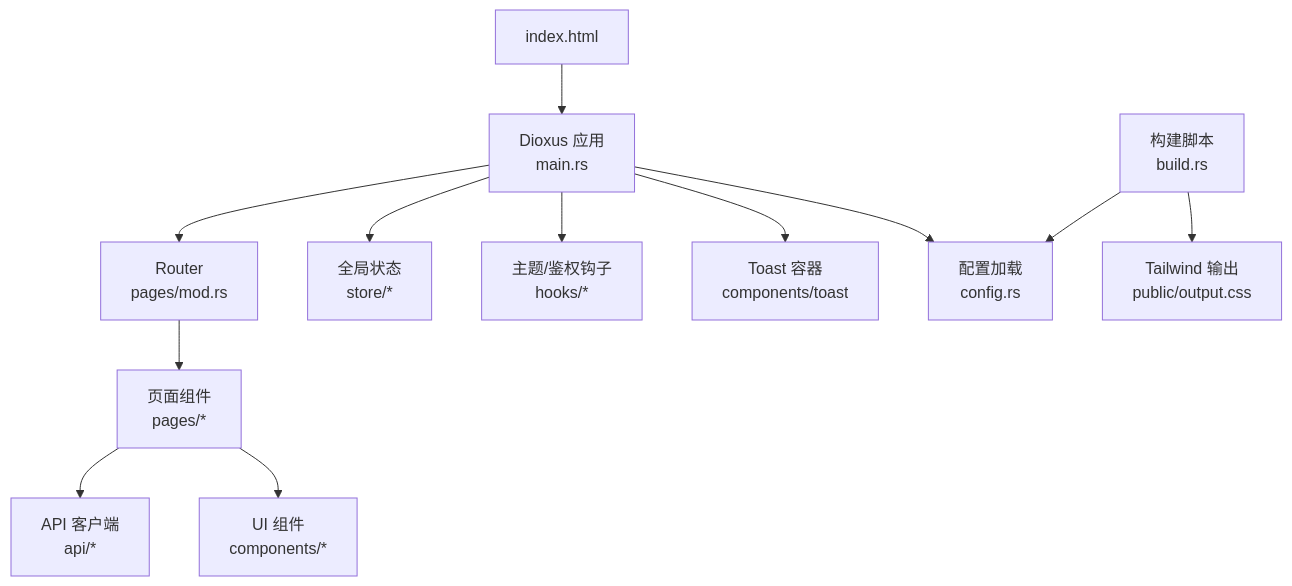
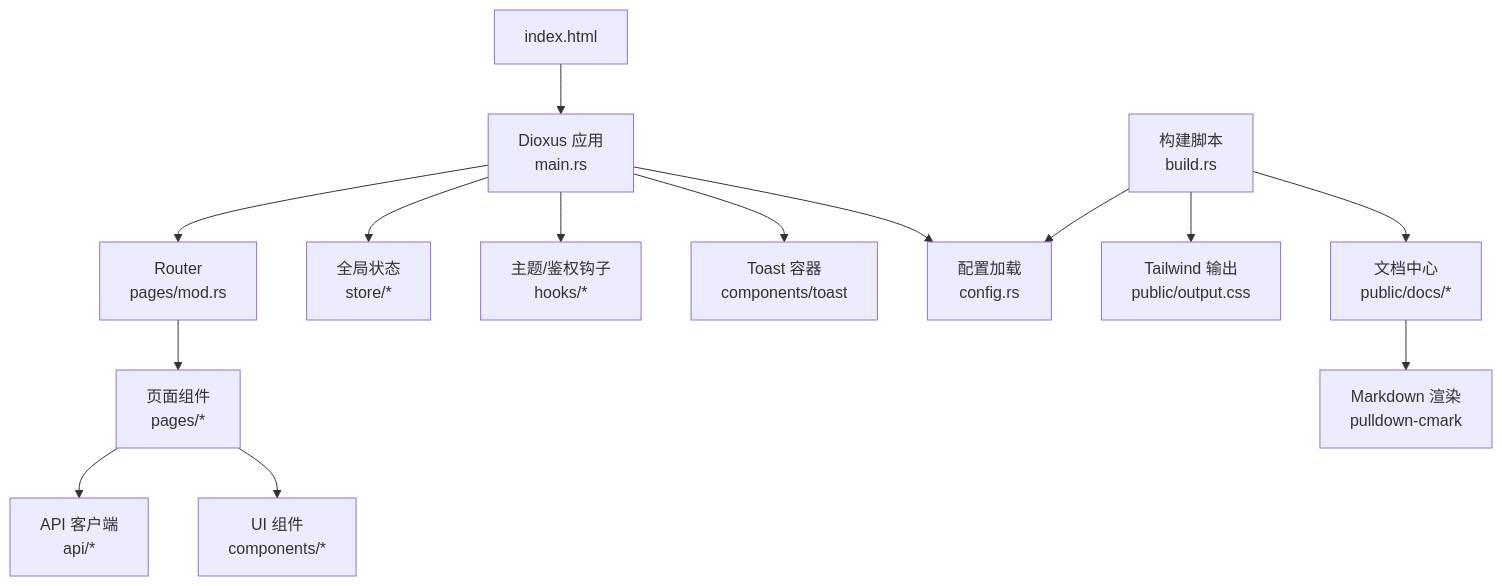
One commit to runningcoders/ai_orz changed the first of 9 diagrams in .qoder/repowiki/zh/content/前端应用/前端架构设计.md. Above: the diagram before and after it, drawn with Mermaid. The commit also changed other lines of this file and 338 other files, not shown here.

````diff
--- a/.qoder/repowiki/zh/content/前端应用/前端架构设计.md
+++ b/.qoder/repowiki/zh/content/前端应用/前端架构设计.md
@@ -49,14 +59,16 @@
 ```mermaid
 graph TB
 A["index.html"] --> B["Dioxus 应用<br/>main.rs"]
 B --> C["Router<br/>pages/mod.rs"]
 B --> D["全局状态<br/>store/*"]
 B --> E["主题/鉴权钩子<br/>hooks/*"]
 B --> F["Toast 容器<br/>components/toast"]
 C --> G["页面组件<br/>pages/*"]
 G --> H["API 客户端<br/>api/*"]
 G --> I["UI 组件<br/>components/*"]
 B --> J["配置加载<br/>config.rs"]
 K["构建脚本<br/>build.rs"] --> J
 K --> L["Tailwind 输出<br/>public/output.css"]
+K --> M["文档中心<br/>public/docs/*"]
+M --> N["Markdown 渲染<br/>pulldown-cmark"]
 ```
````
